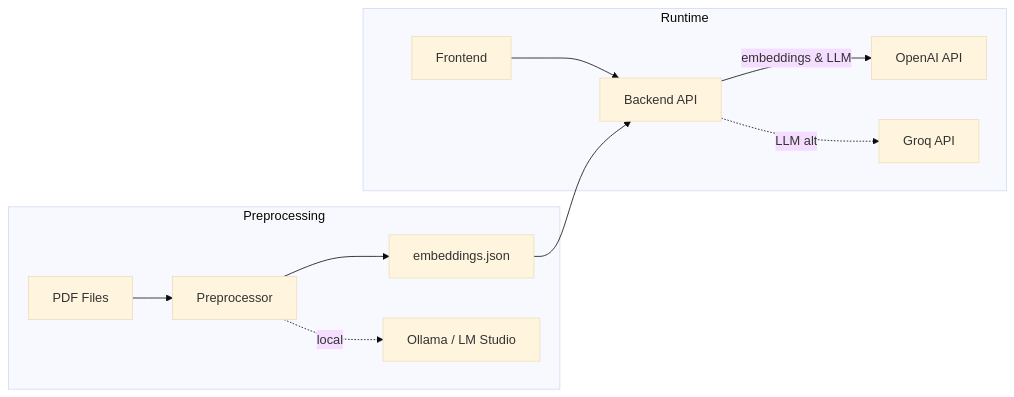
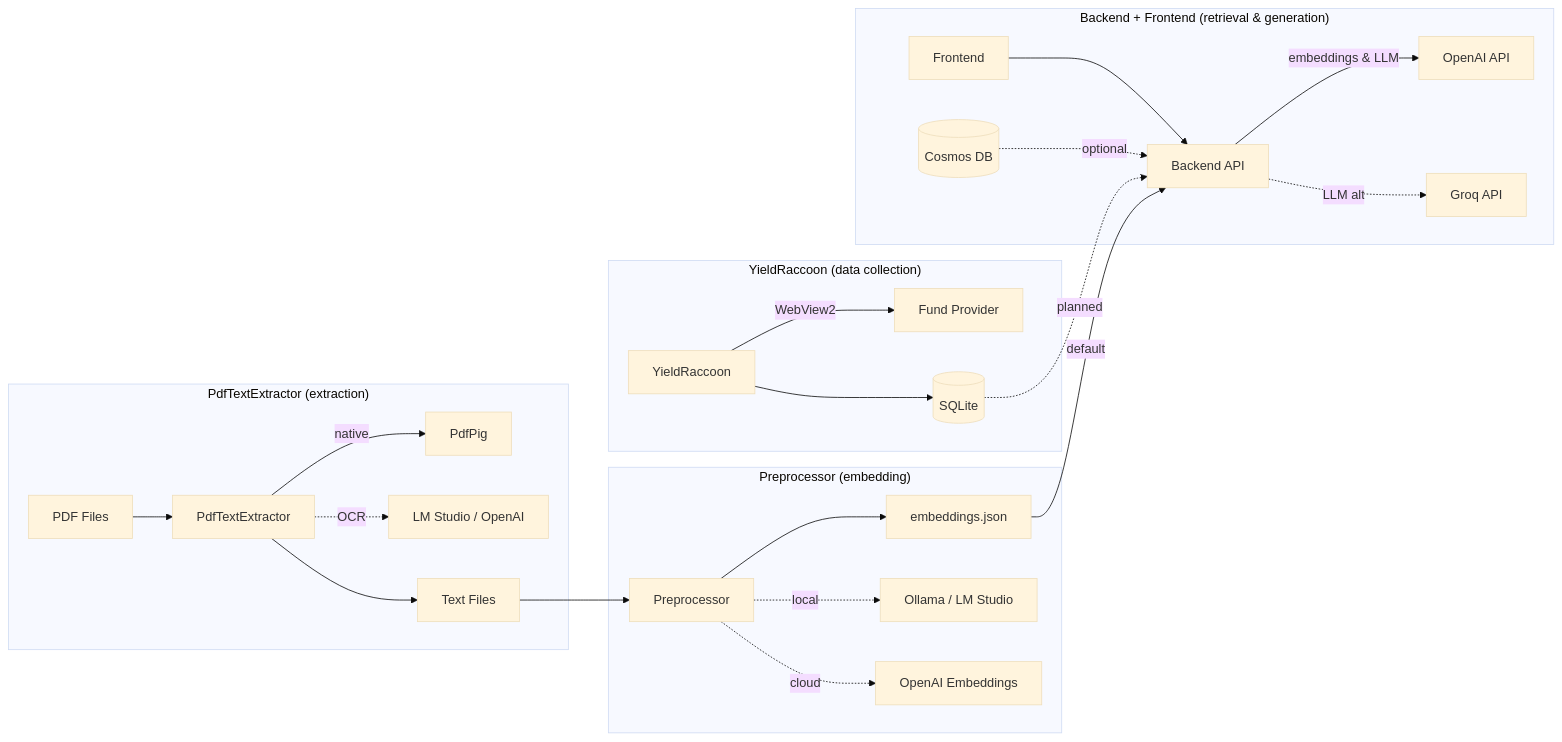
The diagram in README.md (Muhomorik/SemanticKernel-FundDocsQnA-dotnet-nextjs), drawn with Mermaid (base theme) before and after one commit. The commit also changed other lines of this file, not shown here.

Commit message:
Update README: Add Cosmos DB support for vector storage, expand workflow steps, and introduce PdfTextExtractor and YieldRaccoon components.

````diff
--- a/README.md
+++ b/README.md
@@ -60,15 +62,30 @@
 ```mermaid
 flowchart LR
-    subgraph Preprocessing
-        PDF[PDF Files] --> PRE[Preprocessor]
+    subgraph PdfTextExtractor ["PdfTextExtractor (extraction)"]
+        PDF[PDF Files] --> PTE[PdfTextExtractor]
+        PTE -->|native| PDFPIG[PdfPig]
+        PTE -.->|OCR| LMS[LM Studio / OpenAI]
+        PTE --> TXT[Text Files]
+    end
+
+    subgraph Preprocessor ["Preprocessor (embedding)"]
+        TXT --> PRE[Preprocessor]
         PRE --> EMB[embeddings.json]
         PRE -.->|local| LOCAL[Ollama / LM Studio]
+        PRE -.->|cloud| OAI_EMB[OpenAI Embeddings]
     end
 
-    subgraph Runtime
+    subgraph YieldRaccoon ["YieldRaccoon (data collection)"]
+        YR[YieldRaccoon] -->|WebView2| FP[Fund Provider]
+        YR --> DB[(SQLite)]
+    end
+
+    subgraph Runtime ["Backend + Frontend (retrieval & generation)"]
         FE[Frontend] --> API[Backend API]
-        EMB --> API
+        EMB -->|default| API
+        COSMOS[(Cosmos DB)] -.->|optional| API
+        DB -.->|planned| API
         API -->|embeddings & LLM| OAI[OpenAI API]
         API -.->|LLM alt| GROQ[Groq API]
     end
 ```
````
